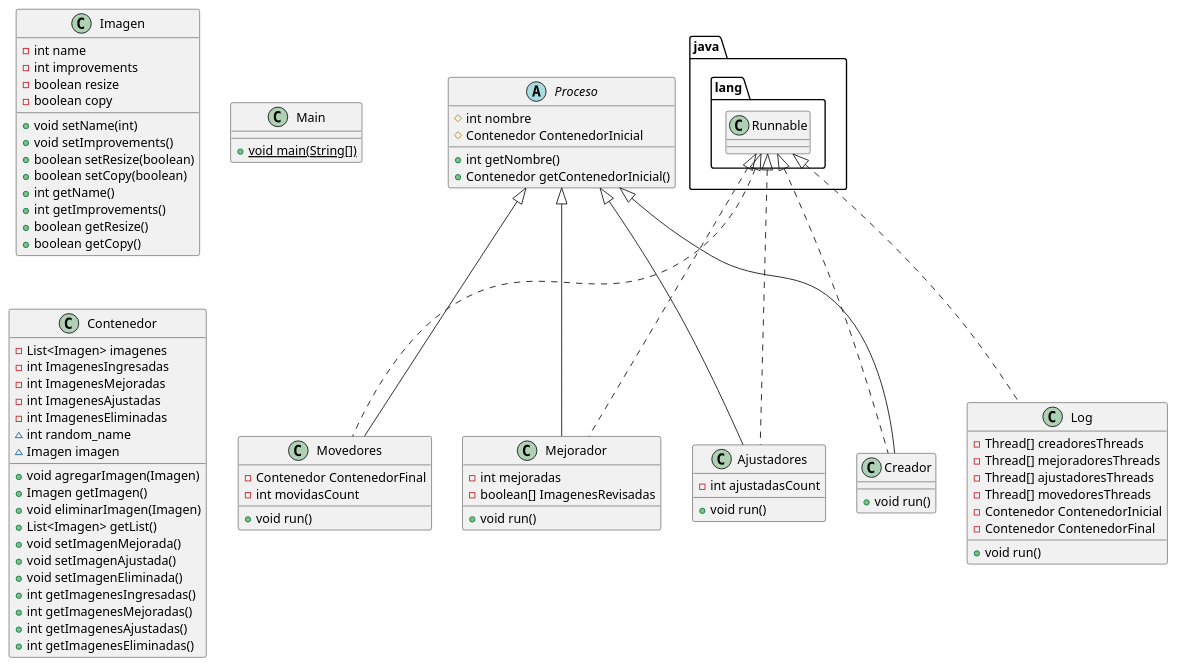
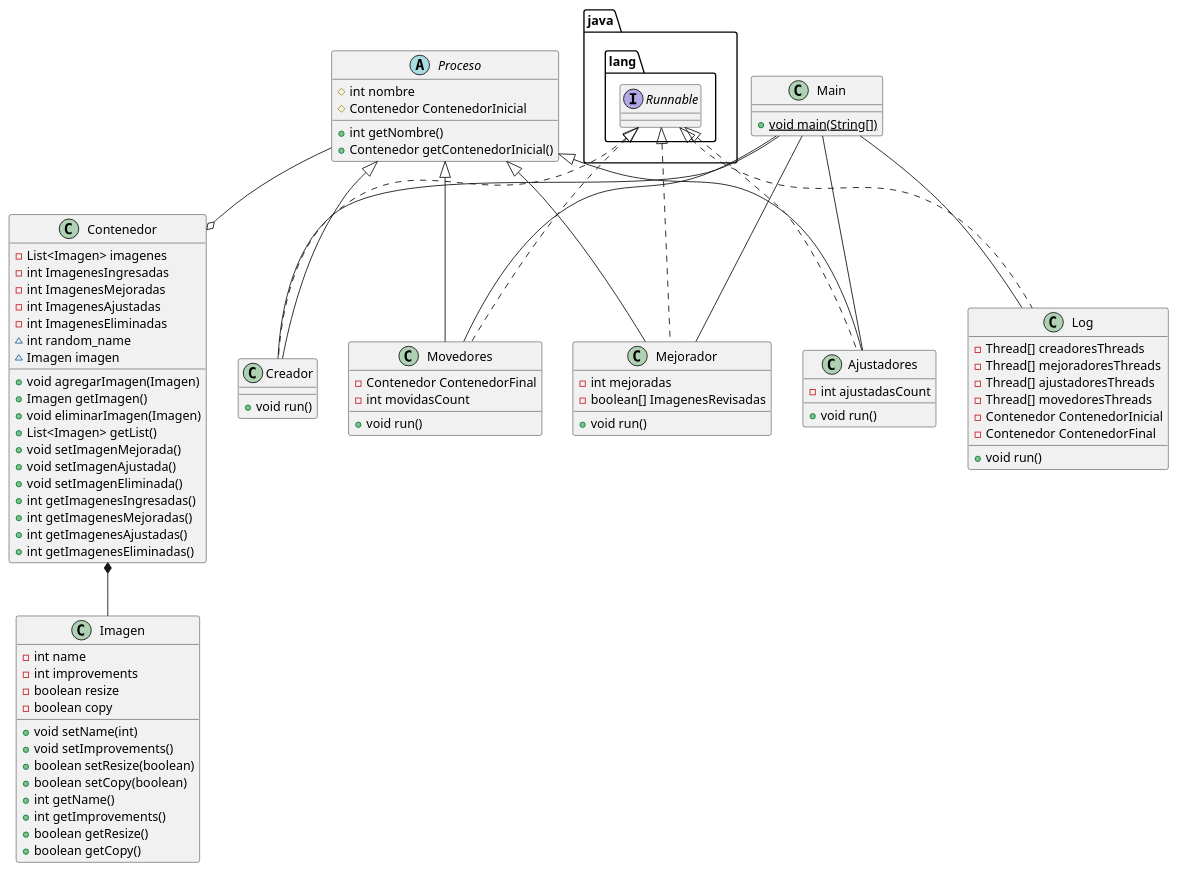
One commit to alfredon996/tp1_pc changed the diagram in diag/src.plantuml. Above: the diagram before and after it, drawn with PlantUML.

Commit message:
diagrama de clases actualizado

```diff
--- a/diag/src.plantuml
+++ b/diag/src.plantuml
@@ -1,82 +1,95 @@
 @startuml
+
+package java.lang {
+    Interface Runnable
+}
+
 class Imagen {
 - int name
 - int improvements
 - boolean resize
 - boolean copy
 + void setName(int)
 + void setImprovements()
 + boolean setResize(boolean)
 + boolean setCopy(boolean)
 + int getName()
 + int getImprovements()
 + boolean getResize()
 + boolean getCopy()
 }
 class Creador {
 + void run()
 }
 class Main {
 + {static} void main(String[])
 }
 class Movedores {
 - Contenedor ContenedorFinal
 - int movidasCount
 + void run()
 }
 class Mejorador {
 - int mejoradas
 - boolean[] ImagenesRevisadas
 + void run()
 }
 abstract class Proceso {
 # int nombre
 # Contenedor ContenedorInicial
 + int getNombre()
 + Contenedor getContenedorInicial()
 }
 class Log {
 - Thread[] creadoresThreads
 - Thread[] mejoradoresThreads
 - Thread[] ajustadoresThreads
 - Thread[] movedoresThreads
 - Contenedor ContenedorInicial
 - Contenedor ContenedorFinal
 + void run()
 }
 class Contenedor {
 - List<Imagen> imagenes
 - int ImagenesIngresadas
 - int ImagenesMejoradas
 - int ImagenesAjustadas
 - int ImagenesEliminadas
 ~ int random_name
 ~ Imagen imagen
 + void agregarImagen(Imagen)
 + Imagen getImagen()
 + void eliminarImagen(Imagen)
 + List<Imagen> getList()
 + void setImagenMejorada()
 + void setImagenAjustada()
 + void setImagenEliminada()
 + int getImagenesIngresadas()
 + int getImagenesMejoradas()
 + int getImagenesAjustadas()
 + int getImagenesEliminadas()
 }
 class Ajustadores {
 - int ajustadasCount
 + void run()
 }
 
+Contenedor *-- Imagen
+Proceso --o Contenedor
+
+Main -- Ajustadores
+Main -- Mejorador
+Main --Movedores
+Main -- Creador
+Main -- Log
 
 java.lang.Runnable <|.. Creador
 Proceso <|-- Creador
 java.lang.Runnable <|.. Movedores
 Proceso <|-- Movedores
 java.lang.Runnable <|.. Mejorador
 Proceso <|-- Mejorador
 java.lang.Runnable <|.. Log
 java.lang.Runnable <|.. Ajustadores
 Proceso <|-- Ajustadores
 @enduml
```
